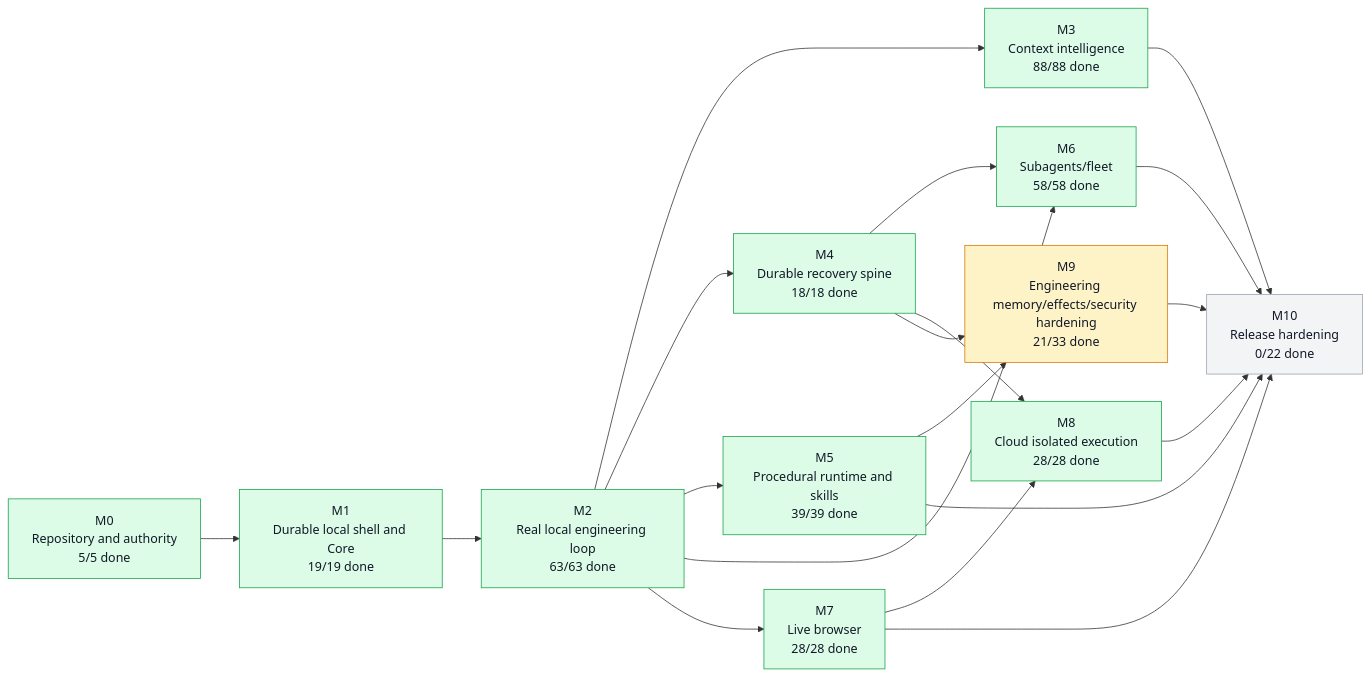
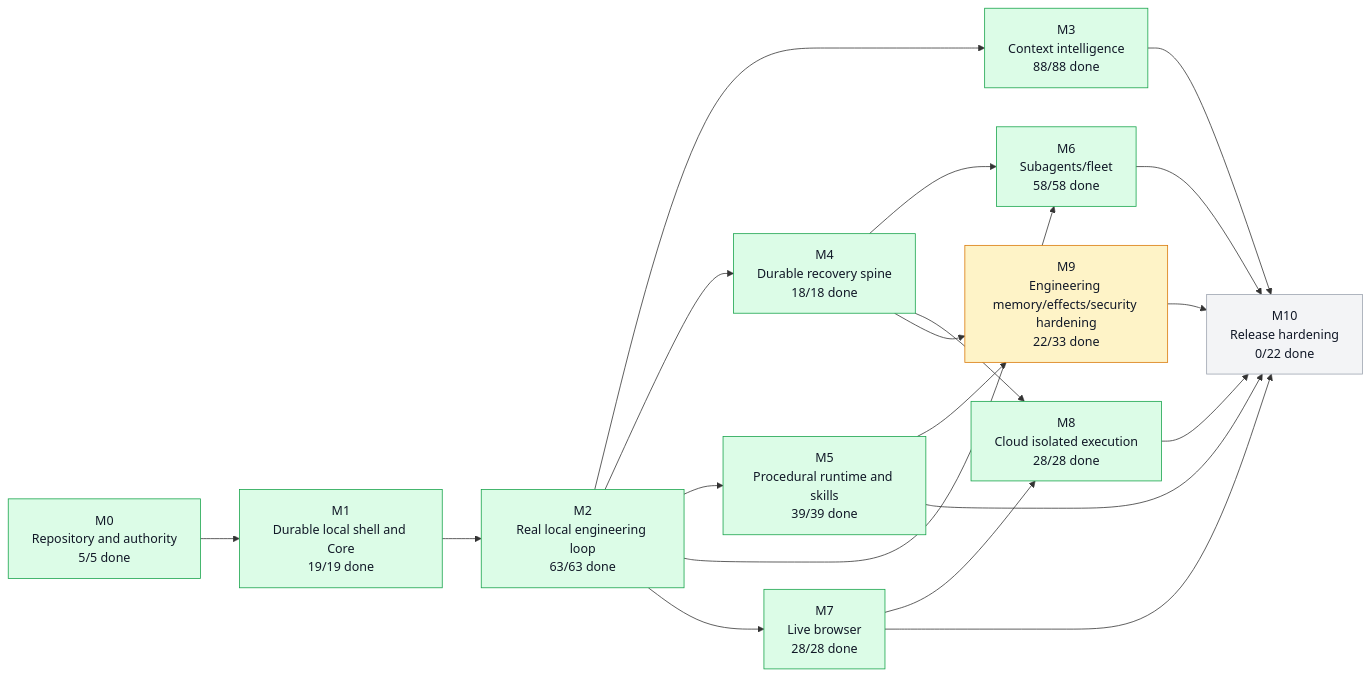
Before and after one commit to moss101/modbit: the first of 5 diagrams in graph/PROJECT_GRAPH.md, drawn with Mermaid. The commit also changed other lines of this file and 5 other files, not shown here.

````diff
--- a/graph/PROJECT_GRAPH.md
+++ b/graph/PROJECT_GRAPH.md
@@ -57,43 +57,43 @@
 ```mermaid
 flowchart LR
   M0["M0<br/>Repository and authority<br/>5/5 done"]
   M1["M1<br/>Durable local shell and Core<br/>19/19 done"]
   M2["M2<br/>Real local engineering loop<br/>63/63 done"]
   M3["M3<br/>Context intelligence<br/>88/88 done"]
   M4["M4<br/>Durable recovery spine<br/>18/18 done"]
   M5["M5<br/>Procedural runtime and skills<br/>39/39 done"]
   M6["M6<br/>Subagents/fleet<br/>58/58 done"]
   M7["M7<br/>Live browser<br/>28/28 done"]
   M8["M8<br/>Cloud isolated execution<br/>28/28 done"]
-  M9["M9<br/>Engineering memory/effects/security hardening<br/>21/33 done"]
+  M9["M9<br/>Engineering memory/effects/security hardening<br/>22/33 done"]
   M10["M10<br/>Release hardening<br/>0/22 done"]
   M0 --> M1
   M1 --> M2
   M2 --> M3
   M2 --> M4
   M2 --> M5
   M2 --> M6
   M4 --> M6
   M2 --> M7
   M4 --> M8
   M7 --> M8
   M4 --> M9
   M5 --> M9
   M3 --> M10
   M5 --> M10
   M6 --> M10
   M7 --> M10
   M8 --> M10
   M9 --> M10
   style M0 fill:#dcfce7,stroke:#16a34a,color:#111827
   style M1 fill:#dcfce7,stroke:#16a34a,color:#111827
   style M2 fill:#dcfce7,stroke:#16a34a,color:#111827
   style M3 fill:#dcfce7,stroke:#16a34a,color:#111827
   style M4 fill:#dcfce7,stroke:#16a34a,color:#111827
   style M5 fill:#dcfce7,stroke:#16a34a,color:#111827
   style M6 fill:#dcfce7,stroke:#16a34a,color:#111827
   style M7 fill:#dcfce7,stroke:#16a34a,color:#111827
   style M8 fill:#dcfce7,stroke:#16a34a,color:#111827
   style M9 fill:#fef3c7,stroke:#d97706,color:#111827
   style M10 fill:#f3f4f6,stroke:#9ca3af,color:#111827
 ```
````
